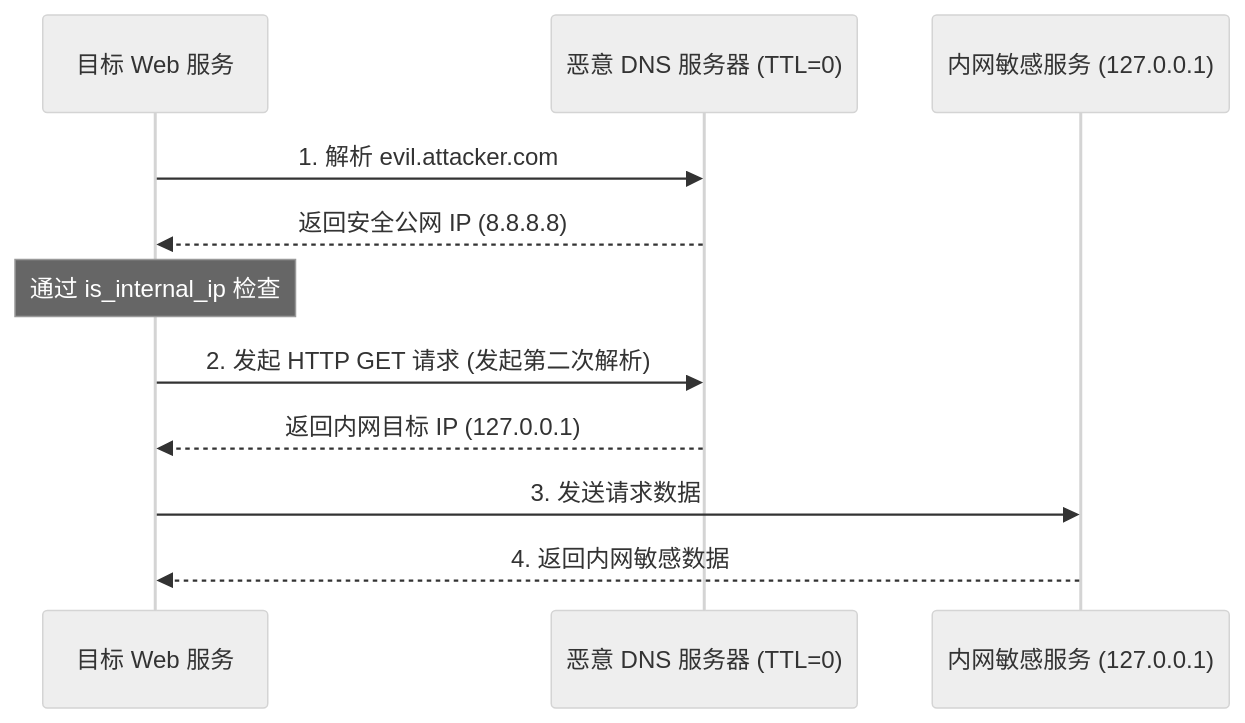
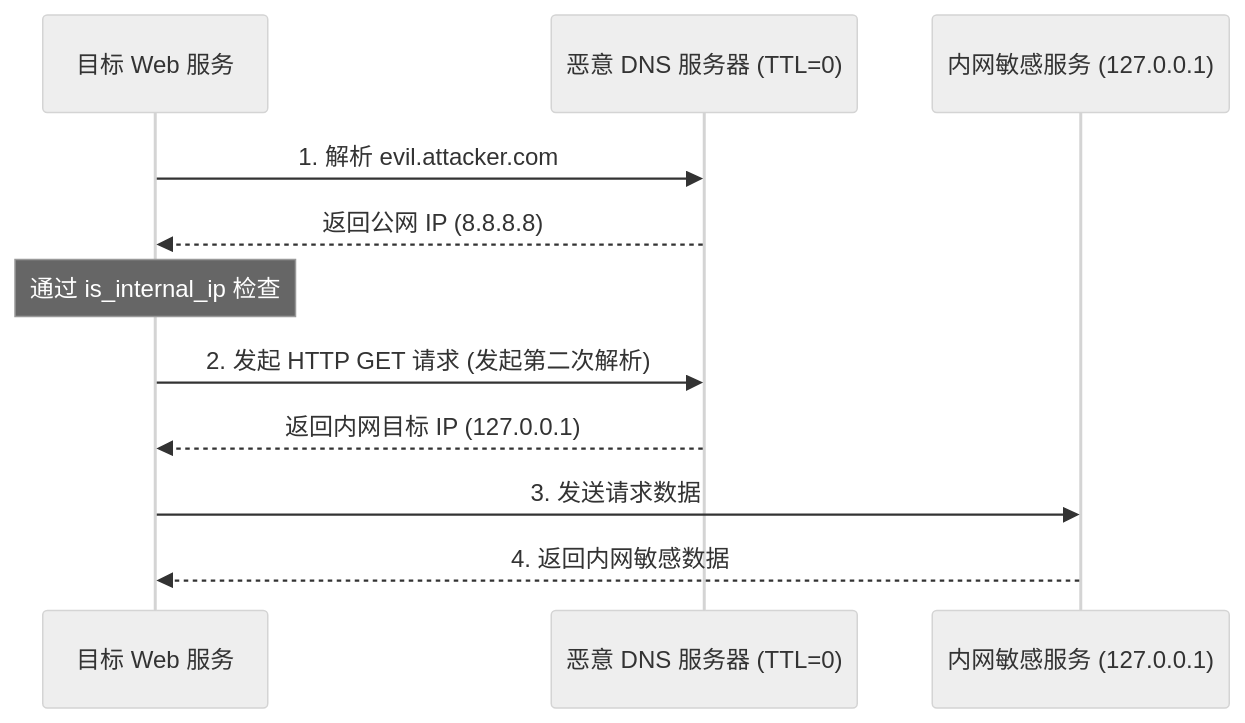
The diagram in kb/ctf-website/techniques/04-ssrf/ssrf.md (LING71671/open-reverselab), drawn with Mermaid (neutral theme) before and after one commit. The commit also changed other lines of this file and 3 other files, not shown here.

Commit message:
docs: deepen graphql ssrf file attack playbooks

````diff
--- a/kb/ctf-website/techniques/04-ssrf/ssrf.md
+++ b/kb/ctf-website/techniques/04-ssrf/ssrf.md
@@ -63,14 +124,14 @@
 ```mermaid
 sequenceDiagram
     participant VulnServer as 目标 Web 服务
     participant DNS as 恶意 DNS 服务器 (TTL=0)
     participant Target as 内网敏感服务 (127.0.0.1)
 
     VulnServer->>DNS: 1. 解析 evil.attacker.com
-    DNS-->>VulnServer: 返回安全公网 IP (8.8.8.8)
+    DNS-->>VulnServer: 返回公网 IP (8.8.8.8)
     Note over VulnServer: 通过 is_internal_ip 检查
     VulnServer->>DNS: 2. 发起 HTTP GET 请求 (发起第二次解析)
     DNS-->>VulnServer: 返回内网目标 IP (127.0.0.1)
     VulnServer->>Target: 3. 发送请求数据
     Target-->>VulnServer: 4. 返回内网敏感数据
 ```
````
